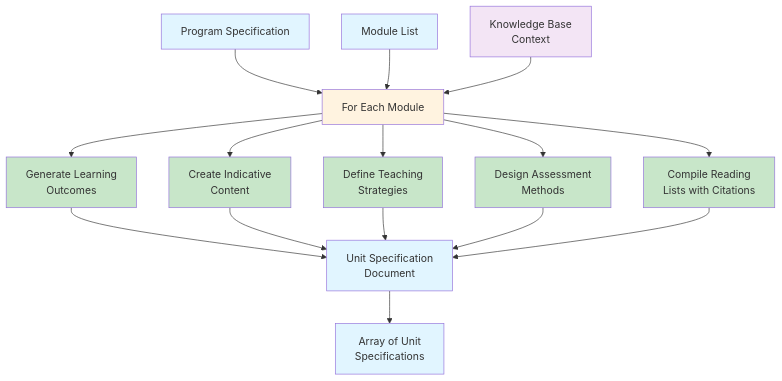
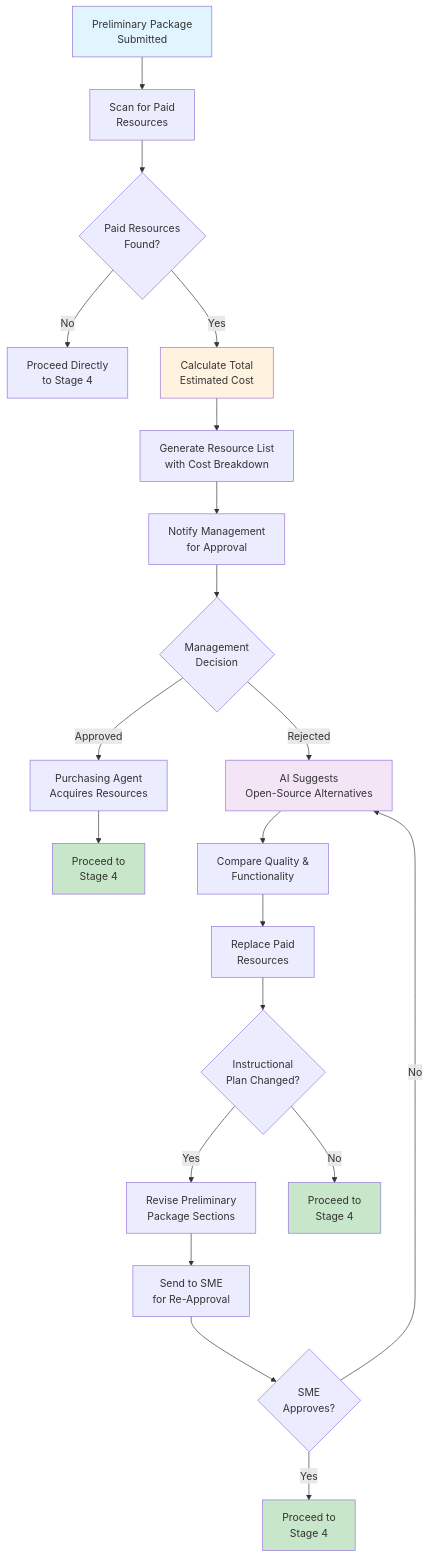
The fourth of 23 diagrams in WORKFLOW_DOCUMENT.md (viditkbhatnagar/CurriculumGenerator), drawn with Mermaid before and after one commit. The commit also changed other lines of this file and 21 other files, not shown here.

````diff
--- a/WORKFLOW_DOCUMENT.md
+++ b/WORKFLOW_DOCUMENT.md
@@ -323,36 +321,37 @@
 ```mermaid
 graph TB
-    ProgramSpec["Program Specification"]
-    Modules["Module List"]
-    Context["Knowledge Base<br/>Context"]
+    Package["Preliminary Package<br/>Submitted"] --> Scan["Scan for Paid<br/>Resources"]
 
-    ProgramSpec --> Loop["For Each Module"]
-    Modules --> Loop
-    Context --> Loop
+    Scan --> Check{"Paid Resources<br/>Found?"}
 
-    Loop --> LO["Generate Learning<br/>Outcomes"]
-    Loop --> UC["Create Indicative<br/>Content"]
-    Loop --> TS["Define Teaching<br/>Strategies"]
-    Loop --> AM["Design Assessment<br/>Methods"]
-    Loop --> RL["Compile Reading<br/>Lists with Citations"]
+    Check -->|No| Direct["Proceed Directly<br/>to Stage 4"]
 
-    LO --> UnitSpec["Unit Specification<br/>Document"]
-    UC --> UnitSpec
-    TS --> UnitSpec
-    AM --> UnitSpec
-    RL --> UnitSpec
+    Check -->|Yes| Calculate["Calculate Total<br/>Estimated Cost"]
+    Calculate --> List["Generate Resource List<br/>with Cost Breakdown"]
 
-    UnitSpec --> Array["Array of Unit<br/>Specifications"]
+    List --> Notify["Notify Management<br/>for Approval"]
+    Notify --> Decision{"Management<br/>Decision"}
 
-    style ProgramSpec fill:#e1f5ff
-    style Modules fill:#e1f5ff
-    style Context fill:#f3e5f5
-    style Loop fill:#fff3e0
-    style LO fill:#c8e6c9
-    style UC fill:#c8e6c9
-    style TS fill:#c8e6c9
-    style AM fill:#c8e6c9
-    style RL fill:#c8e6c9
-    style UnitSpec fill:#e1f5ff
-    style Array fill:#e1f5ff
+    Decision -->|Approved| Purchase["Purchasing Agent<br/>Acquires Resources"]
+    Purchase --> Stage4A["Proceed to<br/>Stage 4"]
+
+    Decision -->|Rejected| Alternative["AI Suggests<br/>Open-Source Alternatives"]
+    Alternative --> Compare["Compare Quality &<br/>Functionality"]
+    Compare --> Replace["Replace Paid<br/>Resources"]
+    Replace --> Check2{"Instructional<br/>Plan Changed?"}
+
+    Check2 -->|Yes| Revise["Revise Preliminary<br/>Package Sections"]
+    Revise --> SendSME["Send to SME<br/>for Re-Approval"]
+    SendSME --> SMEReview{"SME<br/>Approves?"}
+    SMEReview -->|Yes| Stage4B["Proceed to<br/>Stage 4"]
+    SMEReview -->|No| Alternative
+
+    Check2 -->|No| Stage4C["Proceed to<br/>Stage 4"]
+
+    style Package fill:#e1f5ff
+    style Calculate fill:#fff3e0
+    style Alternative fill:#f3e5f5
+    style Stage4A fill:#c8e6c9
+    style Stage4B fill:#c8e6c9
+    style Stage4C fill:#c8e6c9
 ```
````
